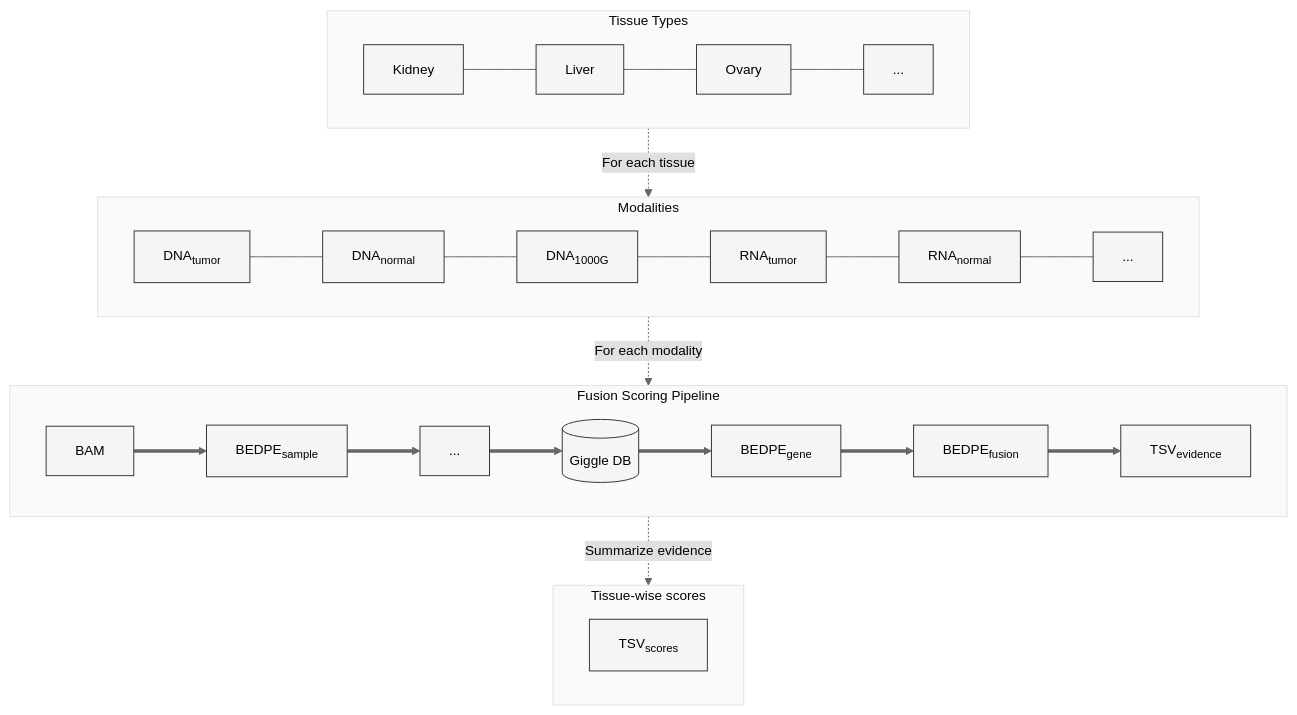
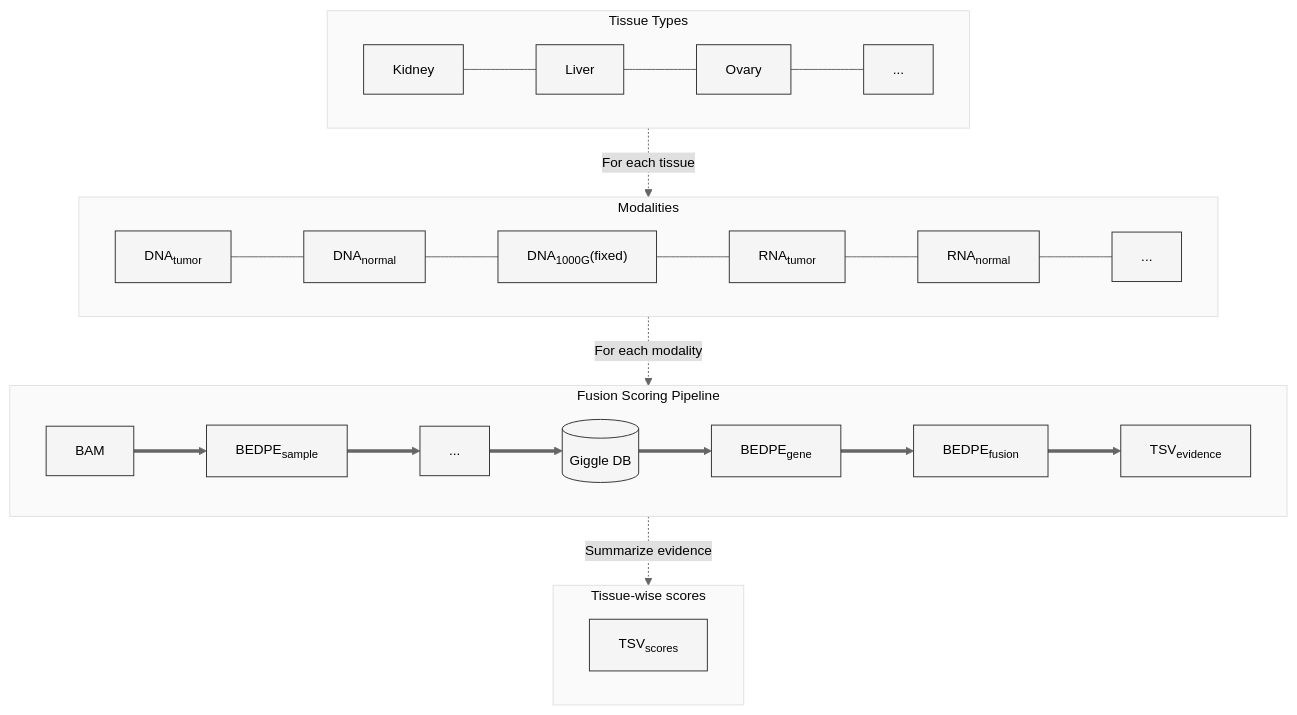
One commit to jakekrol/genefusion changed the diagram in docs/workflow.mmd. Above: the diagram before and after it, drawn with Mermaid. The commit also changed 1 other file, not shown here.

```diff
--- a/docs/workflow.mmd
+++ b/docs/workflow.mmd
@@ -1,25 +1,25 @@
 %%{init: {'theme':'base', 'themeVariables': { 'primaryColor':'#f5f5f5','primaryTextColor':'#000','primaryBorderColor':'#333','lineColor':'#666','secondaryColor':'#e0e0e0','tertiaryColor':'#fafafa','fontSize':'14px'}}}%%
 flowchart TB
     %% Tissues arranged horizontally
     subgraph Tissues["Tissue Types"]
         T_kidney[Kidney] --- T_liver[Liver] --- T_ovary[Ovary] --- T_ellipsis[...]
     end
     
     %% Modalities arranged horizontally  
     subgraph Modalities["Modalities"]
-        M_dna_tumor["DNA<sub>tumor</sub>"] --- M_dna_normal["DNA<sub>normal</sub>"] --- M_thousg["DNA<sub>1000G</sub>"] --- M_rna_tumor["RNA<sub>tumor</sub>"] --- M_rna_normal["RNA<sub>normal</sub>"] --- M_ellipsis[...]
+        M_dna_tumor["DNA<sub>tumor</sub>"] --- M_dna_normal["DNA<sub>normal</sub>"] --- M_thousg["DNA<sub>1000G</sub>(fixed)"] --- M_rna_tumor["RNA<sub>tumor</sub>"] --- M_rna_normal["RNA<sub>normal</sub>"] --- M_ellipsis[...]
     end
     
     %% Processing pipeline arranged horizontally
     subgraph Processing["Fusion Scoring Pipeline"]
         BAM["BAM"] ==> BEDPE_excord["BEDPE<sub>sample</sub>"] ==> Ellipsis_samples["..."] ==> Giggle_db[("Giggle DB")] ==> BEDPE_gene["BEDPE<sub>gene</sub>"] ==> BEDPE_fusion["BEDPE<sub>fusion</sub>"] ==> TSV_evidence["TSV<sub>evidence</sub>"] 
     end
     %% Final aggregation step
     subgraph Summarization["Tissue-wise scores"]
         Tissue_scores["TSV<sub>scores</sub>"]
     end
     
     %% Connections between subgraphs
     Tissues -.->|"For each tissue"| Modalities
     Modalities -.->|"For each modality"| Processing
     Processing -.->|"Summarize evidence"| Summarization
```
